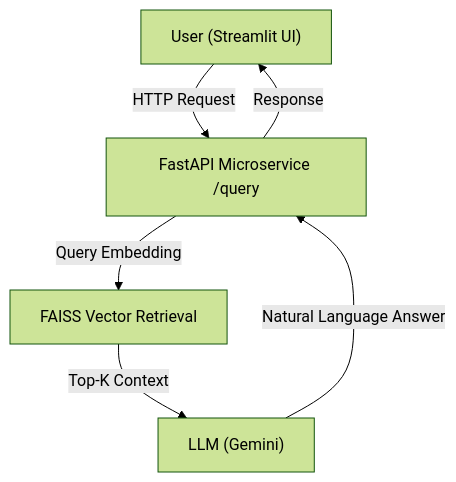
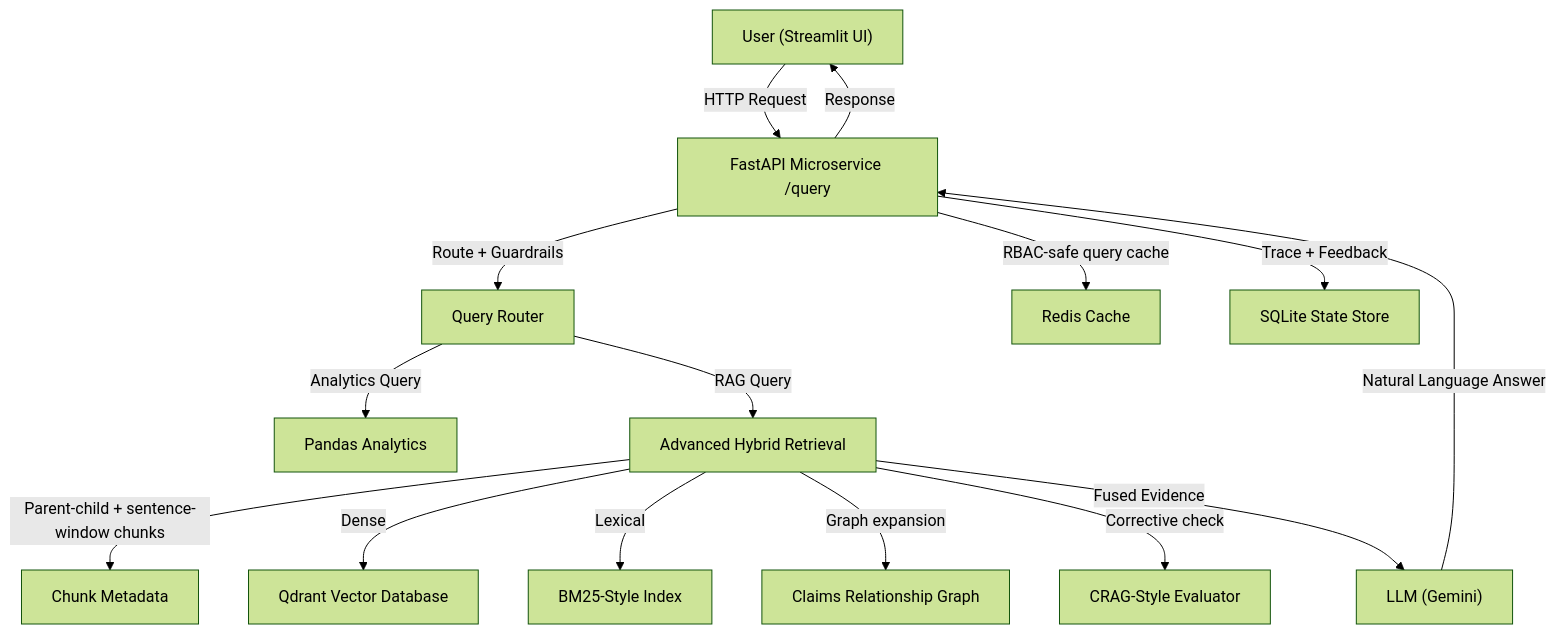
Before and after one commit to Darpan-Maurya/rag_claims_assistant: the diagram in Readme.md, drawn with Mermaid (forest theme). The commit also changed other lines of this file and 37 other files, not shown here.

````diff
--- a/Readme.md
+++ b/Readme.md
@@ -43,8 +47,17 @@
 ```mermaid
 graph TD
     User["User (Streamlit UI)"] -->|HTTP Request| API["FastAPI Microservice /query"]
-    API -->|Query Embedding| FAISS["FAISS Vector Retrieval"]
-    FAISS -->|Top-K Context| LLM["LLM (Gemini)"]
+    API -->|Route + Guardrails| Router["Query Router"]
+    Router -->|Analytics Query| Analytics["Pandas Analytics"]
+    Router -->|RAG Query| Retrieval["Advanced Hybrid Retrieval"]
+    Retrieval -->|Parent-child + sentence-window chunks| Chunks["Chunk Metadata"]
+    Retrieval -->|Dense| Qdrant["Qdrant Vector Database"]
+    Retrieval -->|Lexical| BM25["BM25-Style Index"]
+    Retrieval -->|Graph expansion| Graph["Claims Relationship Graph"]
+    Retrieval -->|Corrective check| CRAG["CRAG-Style Evaluator"]
+    Retrieval -->|Fused Evidence| LLM["LLM (Gemini)"]
+    API -->|RBAC-safe query cache| Redis["Redis Cache"]
+    API -->|Trace + Feedback| SQLite["SQLite State Store"]
     LLM -->|Natural Language Answer| API
     API -->|Response| User
 ```
````
